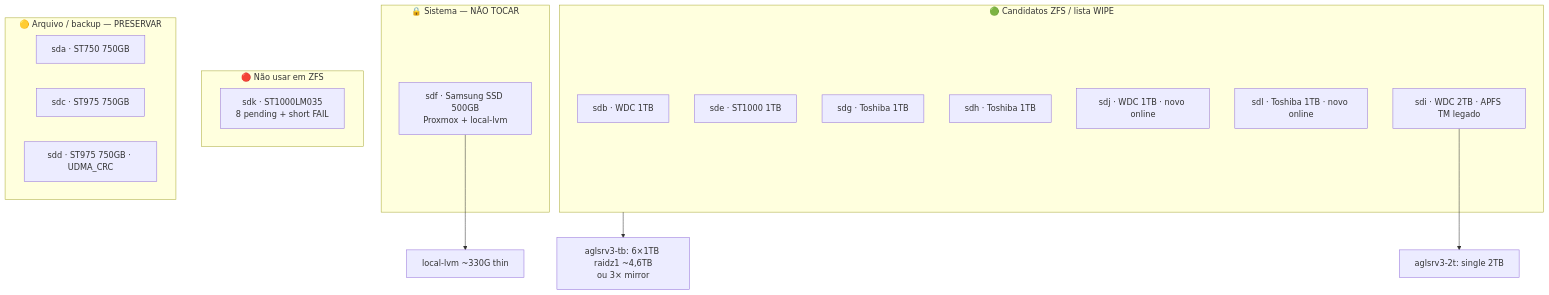
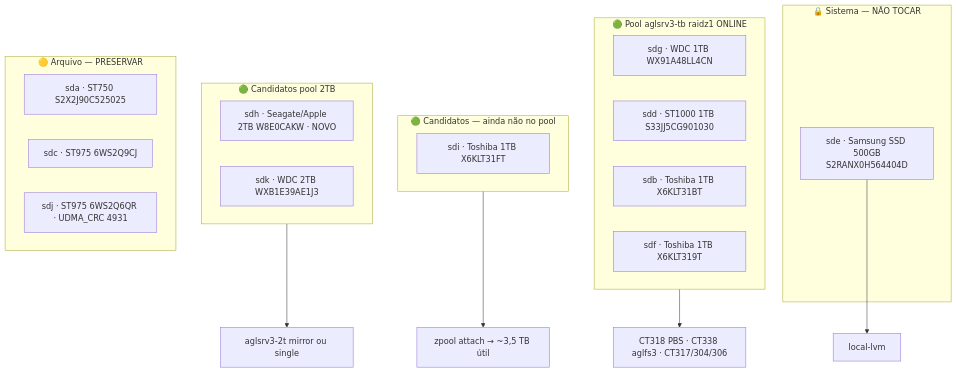
Before and after one commit to AGLz/agl-hostman: the diagram in docs/AGLSRV3-DISKS.md, drawn with Mermaid. The commit also changed other lines of this file and 49 other files, not shown here.

````diff
--- a/docs/AGLSRV3-DISKS.md
+++ b/docs/AGLSRV3-DISKS.md
@@ -13,30 +43,33 @@
 ```mermaid
 flowchart TB
   subgraph sistema["🔒 Sistema — NÃO TOCAR"]
-    sdf["sdf · Samsung SSD 500GB<br/>Proxmox + local-lvm"]
+    sde["sde · Samsung SSD 500GB<br/>S2RANX0H564404D"]
   end
 
-  subgraph zfs_plan["🟢 Candidatos ZFS / lista WIPE"]
-    sdb["sdb · WDC 1TB"]
-    sde["sde · ST1000 1TB"]
-    sdg["sdg · Toshiba 1TB"]
-    sdh["sdh · Toshiba 1TB"]
-    sdj["sdj · WDC 1TB · novo online"]
-    sdl["sdl · Toshiba 1TB · novo online"]
-    sdi["sdi · WDC 2TB · APFS TM legado"]
+  subgraph pool["🟢 Pool aglsrv3-tb raidz1 ONLINE"]
+    sdg["sdg · WDC 1TB WX91A48LL4CN"]
+    sdd["sdd · ST1000 1TB S33JJ5CG901030"]
+    sdb["sdb · Toshiba 1TB X6KLT31BT"]
+    sdf["sdf · Toshiba 1TB X6KLT319T"]
   end
 
-  subgraph quarantine["🔴 Não usar em ZFS"]
-    sdk["sdk · ST1000LM035<br/>8 pending + short FAIL"]
+  subgraph expand["🟢 Candidatos — ainda não no pool"]
+    sdi["sdi · Toshiba 1TB X6KLT31FT"]
   end
 
-  subgraph archive["🟡 Arquivo / backup — PRESERVAR"]
-    sda["sda · ST750 750GB"]
-    sdc["sdc · ST975 750GB"]
-    sdd["sdd · ST975 750GB · UDMA_CRC"]
+  subgraph pool2t["🟢 Candidatos pool 2TB"]
+    sdh["sdh · Seagate/Apple 2TB W8E0CAKW · NOVO"]
+    sdk["sdk · WDC 2TB WXB1E39AE1J3"]
   end
 
-  sdf --> local_lvm["local-lvm ~330G thin"]
-  zfs_plan --> pool_tb["aglsrv3-tb: 6×1TB raidz1 ~4,6TB<br/>ou 3× mirror"]
-  sdi --> pool_2t["aglsrv3-2t: single 2TB"]
+  subgraph archive["🟡 Arquivo — PRESERVAR"]
+    sda["sda · ST750 S2X2J90C525025"]
+    sdc["sdc · ST975 6WS2Q9CJ"]
+    sdj["sdj · ST975 6WS2Q6QR · UDMA_CRC 4931"]
+  end
+
+  sde --> local_lvm["local-lvm"]
+  pool --> pbs["CT318 PBS · CT338 aglfs3 · CT317/304/306"]
+  expand --> attach["zpool attach → ~3,5 TB útil"]
+  pool2t --> aglsrv3_2t["aglsrv3-2t mirror ou single"]
 ```
````
